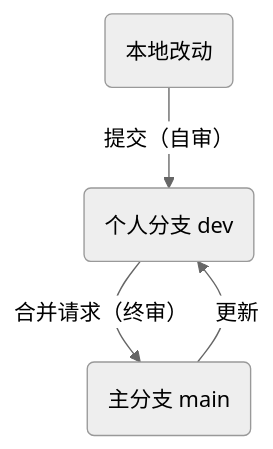
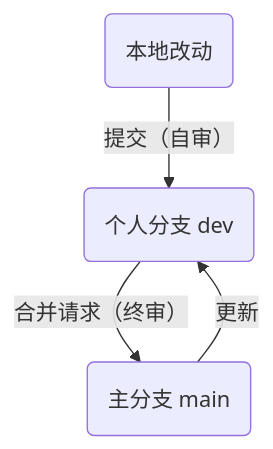
One commit to OmooLab/omoolab changed the second of 2 diagrams in notes/git.md. Above: the diagram before and after it, drawn with Mermaid. The commit also changed other lines of this file and 3 other files, not shown here.

````diff
--- a/notes/git.md
+++ b/notes/git.md
@@ -42,14 +46,10 @@
 ```mermaid
----
-config: 
-  theme: neutral
----
 flowchart TD
   changes(本地改动)
   dev(个人分支 dev)
   main(主分支 main)
   changes -- 提交（自审） --> dev
   dev -- 合并请求（终审） --> main
   main -- 更新 --> dev
   
 ```
````
